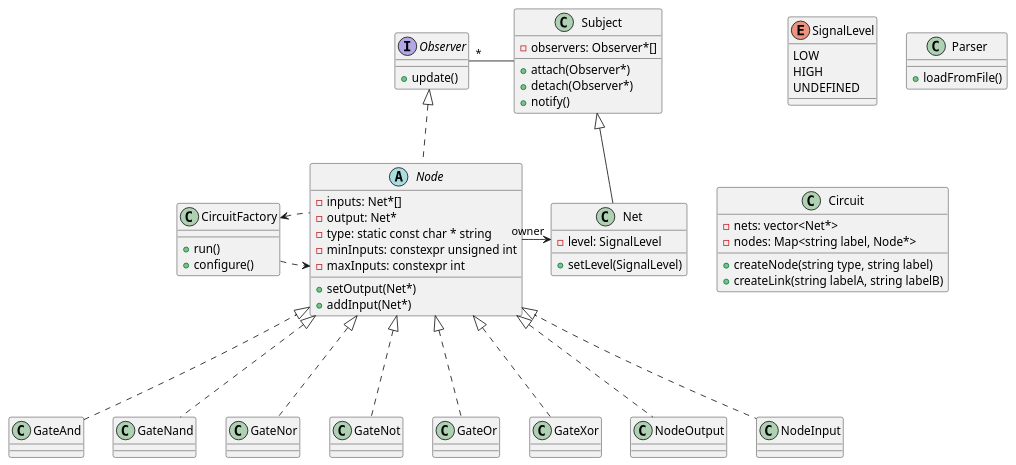
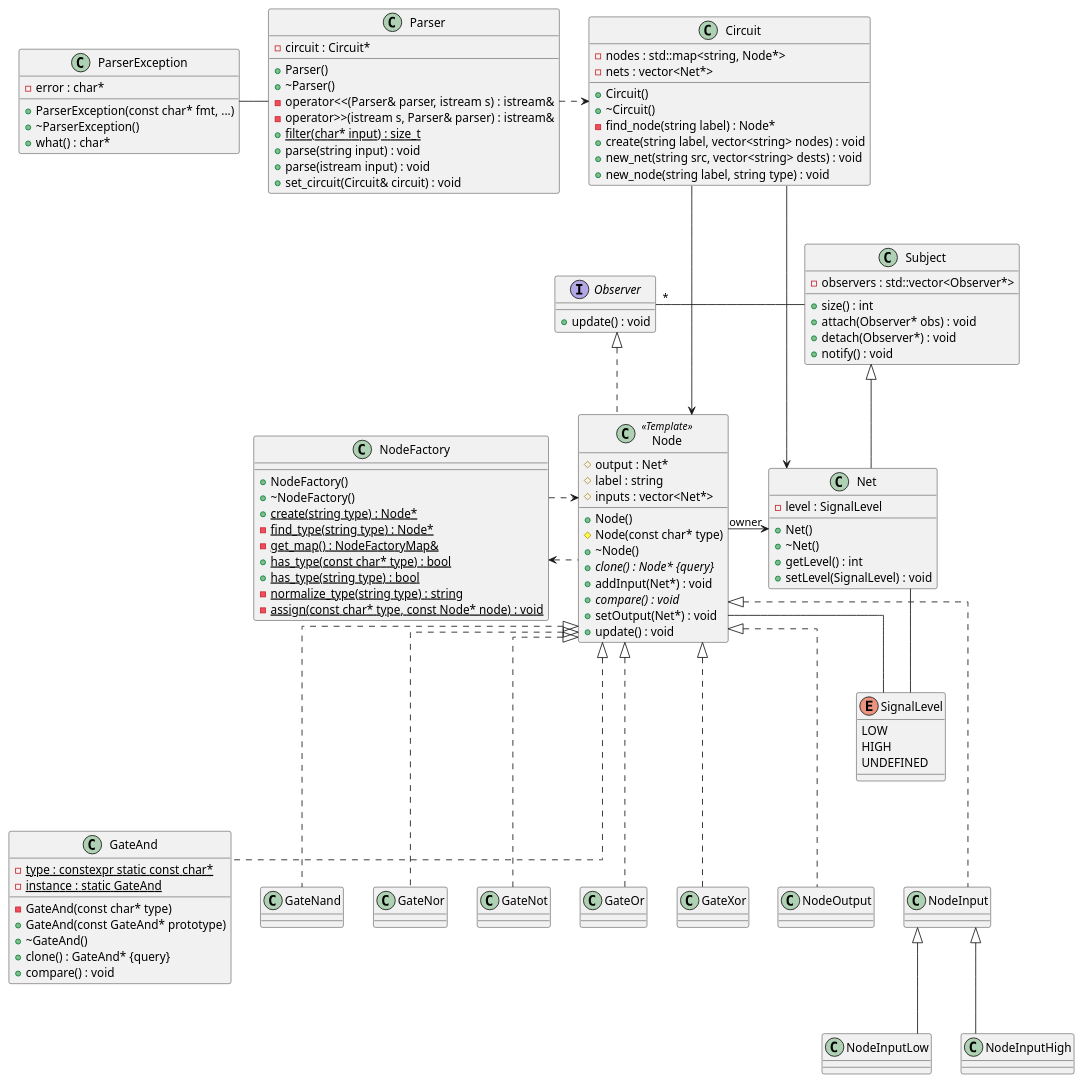
The diagram in docs/class-diag.puml (lonkaars/depa), drawn with PlantUML before and after one commit.

Commit message:
update class diagram

```diff
--- a/docs/class-diag.puml
+++ b/docs/class-diag.puml
@@ -1,78 +1,134 @@
 @startuml
 
-abstract class Node { /' (also ConcreteObserver) '/
-	+ setOutput(Net*)
-	+ addInput(Net*)
-	- inputs: Net*[]
-	- output: Net*
-	- type: static const char * string
-	- minInputs: constexpr unsigned int
-	- maxInputs: constexpr int
+skinparam linetype ortho
+
+class Node <<Template>> { /' (also ConcreteObserver) '/
+	+Node()
+	#Node(const char* type)
+	+~Node()
+	#output : Net*
+	+{abstract} clone() : Node* {query}
+	#label : string
+	#inputs : vector<Net*>
+	+addInput(Net*) : void
+	+{abstract} compare() : void
+	+setOutput(Net*) : void
+	+update() : void
+
 }
 class Net { /' (also ConcreteSubject) '/
-	- level: SignalLevel
-	+ setLevel(SignalLevel)
-	' only call notify when setLevel actually changes the level!!!!!!!
+	+Net()
+	+~Net()
+	-level : SignalLevel
+	+getLevel() : int
+	+setLevel(SignalLevel) : void
 }
 
 class Subject {
-	- observers: Observer*[]
-	+ attach(Observer*)
-	+ detach(Observer*)
-	+ notify()
+	+size() : int
+	-observers : std::vector<Observer*>
+	+attach(Observer* obs) : void
+	+detach(Observer*) : void
+	+notify() : void
 }
 interface Observer {
-	+ update()
+	+update() : void
 }
 
-class GateAnd
+class GateAnd {
+	-GateAnd(const char* type)
+	+GateAnd(const GateAnd* prototype)
+	+~GateAnd()
+	+clone() : GateAnd* {query}
+	-{static} type : constexpr static const char*
+	-{static} instance : static GateAnd
+	+compare() : void
+}
 class GateNand
 class GateNor
 class GateNot
 class GateOr
 class GateXor
 class NodeOutput
 class NodeInput
 
 enum SignalLevel {
   LOW
 	HIGH
 	UNDEFINED
 }
+Net -- SignalLevel
+Node -- SignalLevel
 
 Node <|-[dashed]-- GateAnd
 Node <|-[dashed]-- GateNand
 Node <|-[dashed]-- GateNor
 Node <|-[dashed]-- GateNot
 Node <|-[dashed]-- GateOr
 Node <|-[dashed]-- GateXor
 Node <|-[dashed]-- NodeOutput
 Node <|-[dashed]-- NodeInput
 
+class NodeInputLow
+class NodeInputHigh
+NodeInput <|-- NodeInputLow
+NodeInput <|-- NodeInputHigh
+
 Subject <|-- Net
 Observer <|-[dashed]- Node
 Node -> "owner" Net
 Observer "*" - Subject
 
-class Parser {
-	+ loadFromFile()
+class ParserException {
+	+ParserException(const char* fmt, ...)
+	+~ParserException()
+	-error : char*
+	+what() : char*
 }
 
-class CircuitFactory {
-	+ run()
-	+ configure()
+class Parser {
+	+Parser()
+	+~Parser()
+	-circuit : Circuit*
+	-operator<<(Parser& parser, istream s) : istream&
+	-operator>>(istream s, Parser& parser) : istream&
+	+{static} filter(char* input) : size_t
+	+parse(string input) : void
+	+parse(istream input) : void
+	+set_circuit(Circuit& circuit) : void
+}
+ParserException - Parser
+
+class NodeFactory {
+	+NodeFactory()
+	+~NodeFactory()
+	+{static} create(string type) : Node*
+	-{static} find_type(string type) : Node*
+	-{static} get_map() : NodeFactoryMap&
+	+{static} has_type(const char* type) : bool
+	+{static} has_type(string type) : bool
+	-{static} normalize_type(string type) : string
+	-{static} assign(const char* type, const Node* node) : void
 }
 
 class Circuit {
-	+ createNode(string type, string label)
-	+ createLink(string labelA, string labelB)
-
-	- nets: vector<Net*>
-	- nodes: Map<string label, Node*>
+	+Circuit()
+	+~Circuit()
+	-find_node(string label) : Node*
+	-nodes : std::map<string, Node*>
+	-nets : vector<Net*>
+	+create(string label, vector<string> nodes) : void
+	+new_net(string src, vector<string> dests) : void
+	+new_node(string label, string type) : void
 }
 
-CircuitFactory -[dashed]> Node
-CircuitFactory <-[dashed]- Node
+Circuit ---> Net
+Circuit ---> Node
+
+Parser -[dashed]> Circuit
+
+NodeFactory -[dashed]> Node
+NodeFactory <-[dashed]- Node
 
 
 @enduml
```
